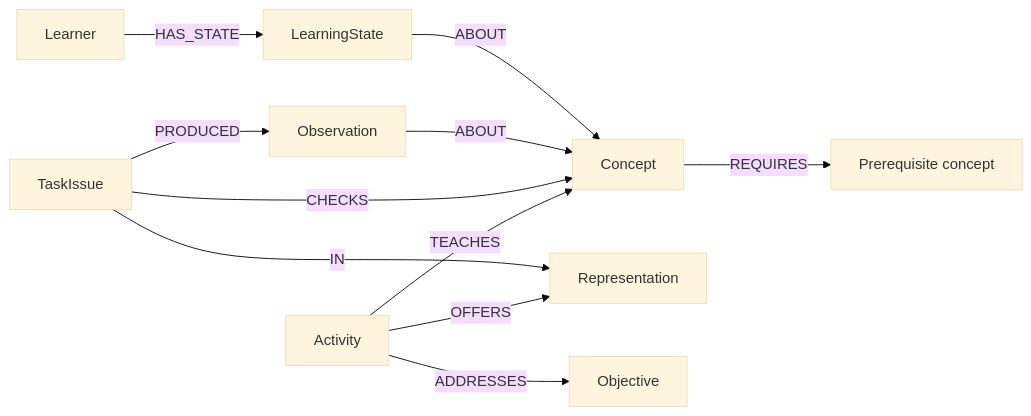
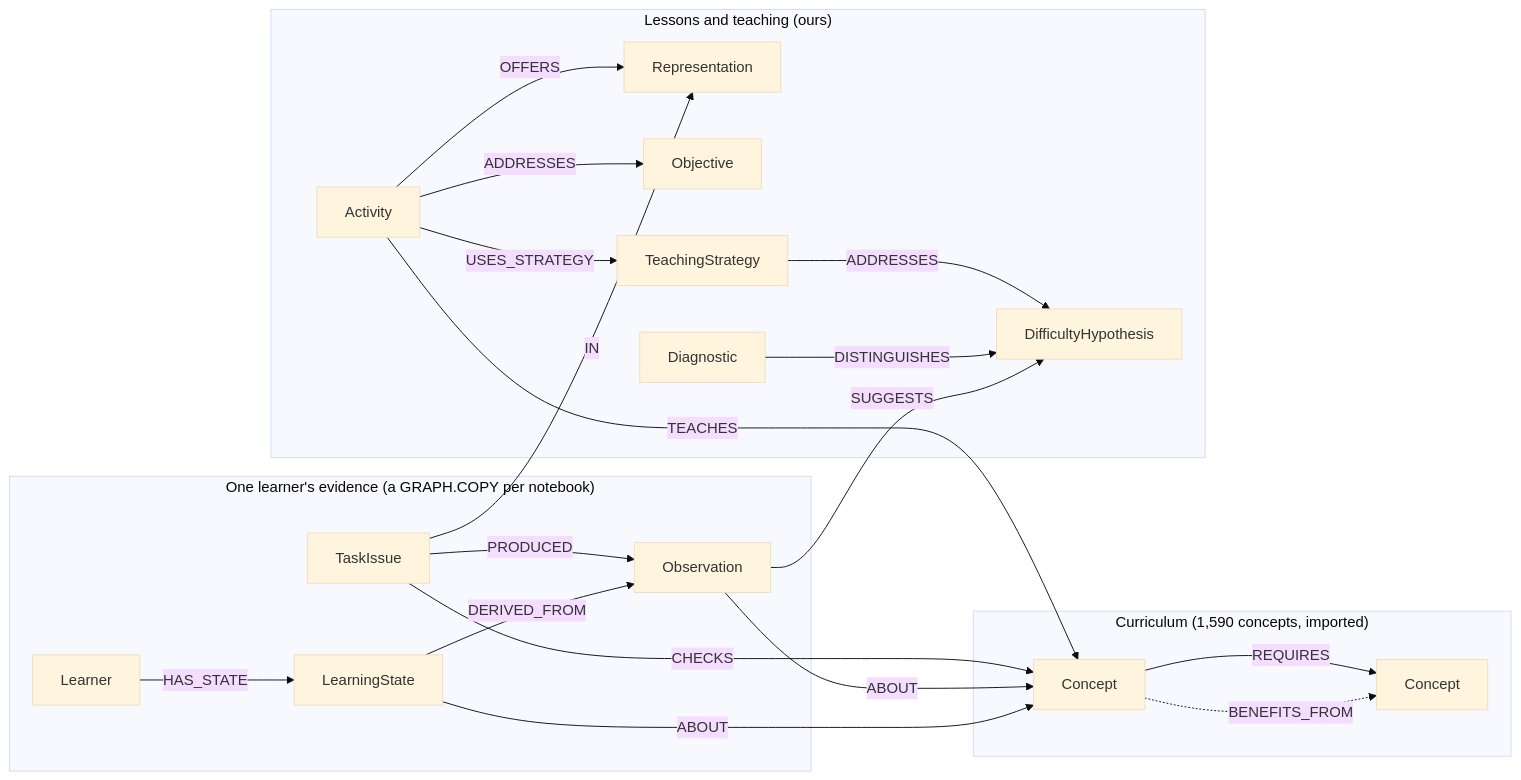
Before and after one commit to RajdeepKushwaha5/trellis: the third of 3 diagrams in README.md, drawn with Mermaid (base theme). The commit also changed other lines of this file and 9 other files, not shown here.

Commit message:
Map the graph and each agent decision to its query in the README, add algorithm audit and held-out results

````diff
--- a/README.md
+++ b/README.md
@@ -124,13 +133,25 @@
 ```mermaid
 flowchart LR
-    C["Concept"] -->|REQUIRES| P["Prerequisite concept"]
-    A["Activity"] -->|TEACHES| C
-    A -->|OFFERS| R["Representation"]
-    A -->|ADDRESSES| Obj["Objective"]
-    Task["TaskIssue"] -->|CHECKS| C
-    Task -->|IN| R
-    Task -->|PRODUCED| O["Observation"]
-    O -->|ABOUT| C
-    L["Learner"] -->|HAS_STATE| S["LearningState"]
-    S -->|ABOUT| C
+    subgraph Curriculum["Curriculum (1,590 concepts, imported)"]
+        C["Concept"] -->|REQUIRES| P["Concept"]
+        C -.->|BENEFITS_FROM| P
+    end
+    subgraph Lessons["Lessons and teaching (ours)"]
+        A["Activity"] -->|TEACHES| C
+        A -->|OFFERS| R["Representation"]
+        A -->|ADDRESSES| Obj["Objective"]
+        A -->|USES_STRATEGY| TS["TeachingStrategy"]
+        TS -->|ADDRESSES| H["DifficultyHypothesis"]
+        D["Diagnostic"] -->|DISTINGUISHES| H
+    end
+    subgraph Evidence["One learner's evidence (a GRAPH.COPY per notebook)"]
+        Task["TaskIssue"] -->|CHECKS| C
+        Task -->|IN| R
+        Task -->|PRODUCED| O["Observation"]
+        O -->|ABOUT| C
+        O -->|SUGGESTS| H
+        L["Learner"] -->|HAS_STATE| S["LearningState"]
+        S -->|ABOUT| C
+        S -->|DERIVED_FROM| O
+    end
 ```
````
